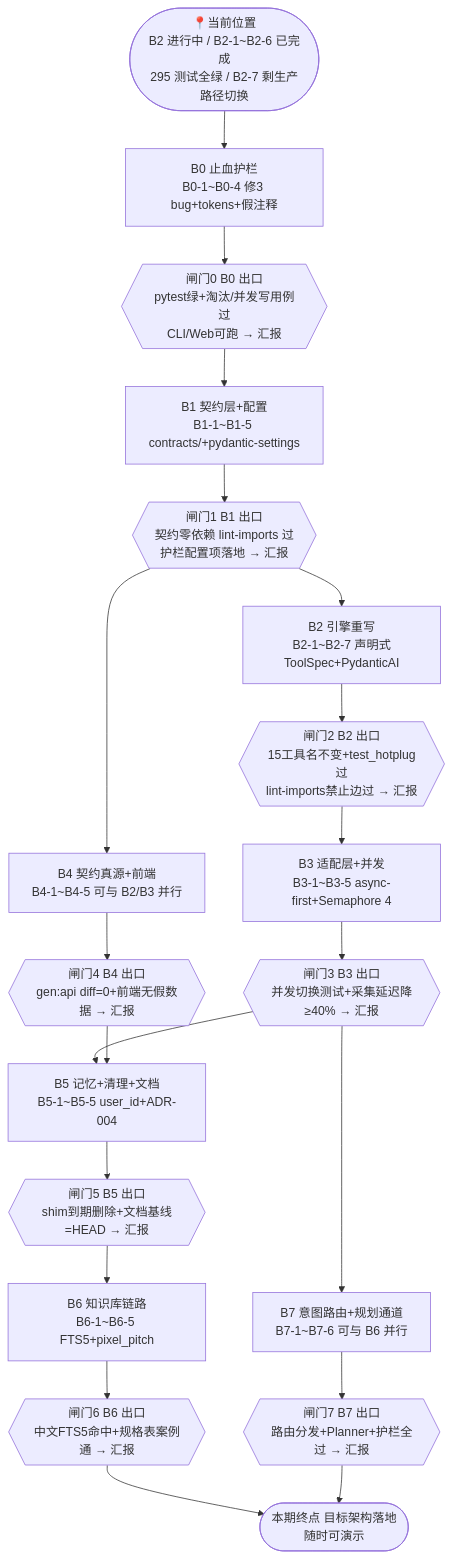
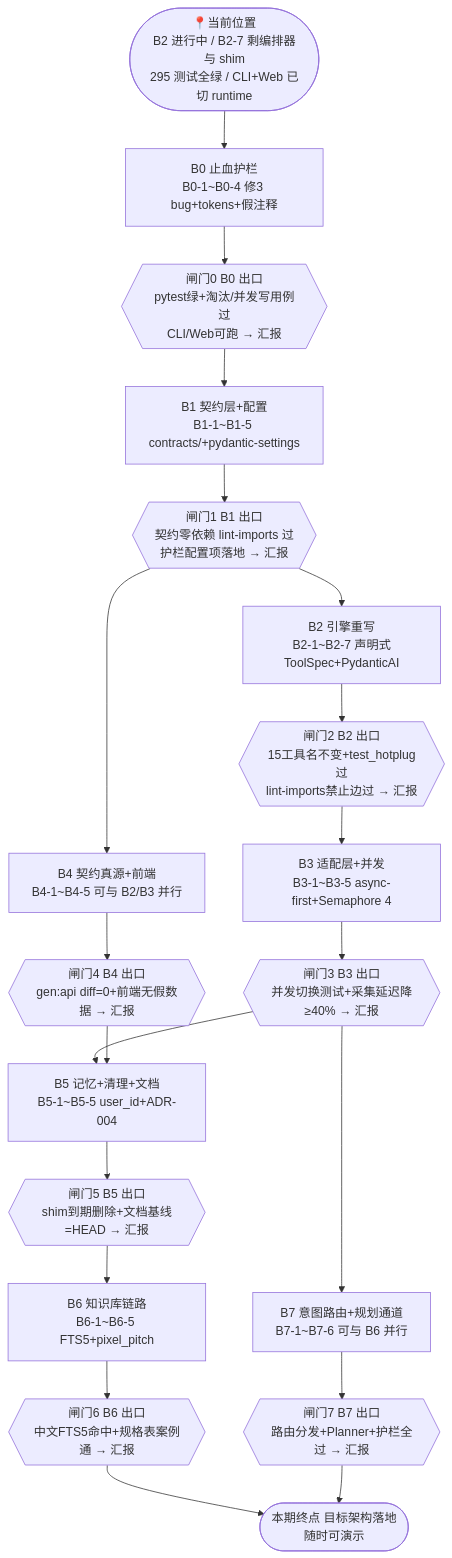
One commit to North-Q/LightTrail changed the diagram in docs/codex-longterm-goal.md. Above: the diagram before and after it, drawn with Mermaid. The commit also changed other lines of this file and 2 other files, not shown here.

First line of the commit message:
docs(B2-7): 第二批进展同步（CLI/Web 自由对话已切 runtime + usage 回调缺陷记录）

````diff
--- a/docs/codex-longterm-goal.md
+++ b/docs/codex-longterm-goal.md
@@ -24,23 +24,23 @@
 ```mermaid
 graph TD
-    S([📍当前位置<br/>B2 进行中 / B2-1~B2-6 已完成<br/>295 测试全绿 / B2-7 剩生产路径切换]) --> B0
+    S([📍当前位置<br/>B2 进行中 / B2-7 剩编排器与 shim<br/>295 测试全绿 / CLI+Web 已切 runtime]) --> B0
 
     B0[B0 止血护栏<br/>B0-1~B0-4 修3 bug+tokens+假注释] --> G0{{闸门0 B0 出口<br/>pytest绿+淘汰/并发写用例过<br/>CLI/Web可跑 → 汇报}}
     G0 --> B1[B1 契约层+配置<br/>B1-1~B1-5 contracts/+pydantic-settings]
     B1 --> G1{{闸门1 B1 出口<br/>契约零依赖 lint-imports 过<br/>护栏配置项落地 → 汇报}}
     G1 --> B2[B2 引擎重写<br/>B2-1~B2-7 声明式ToolSpec+PydanticAI]
     G1 --> B4[B4 契约真源+前端<br/>B4-1~B4-5 可与 B2/B3 并行]
     B2 --> G2{{闸门2 B2 出口<br/>15工具名不变+test_hotplug过<br/>lint-imports禁止边过 → 汇报}}
     G2 --> B3[B3 适配层+并发<br/>B3-1~B3-5 async-first+Semaphore 4]
     B4 --> G4{{闸门4 B4 出口<br/>gen:api diff=0+前端无假数据 → 汇报}}
     B3 --> G3{{闸门3 B3 出口<br/>并发切换测试+采集延迟降≥40% → 汇报}}
     G3 --> B5[B5 记忆+清理+文档<br/>B5-1~B5-5 user_id+ADR-004]
     G4 --> B5
     B5 --> G5{{闸门5 B5 出口<br/>shim到期删除+文档基线=HEAD → 汇报}}
     G5 --> B6[B6 知识库链路<br/>B6-1~B6-5 FTS5+pixel_pitch]
     G3 --> B7[B7 意图路由+规划通道<br/>B7-1~B7-6 可与 B6 并行]
     B6 --> G6{{闸门6 B6 出口<br/>中文FTS5命中+规格表案例通 → 汇报}}
     B7 --> G7{{闸门7 B7 出口<br/>路由分发+Planner+护栏全过 → 汇报}}
     G6 --> Z([本期终点 目标架构落地<br/>随时可演示])
     G7 --> Z
 ```
````
